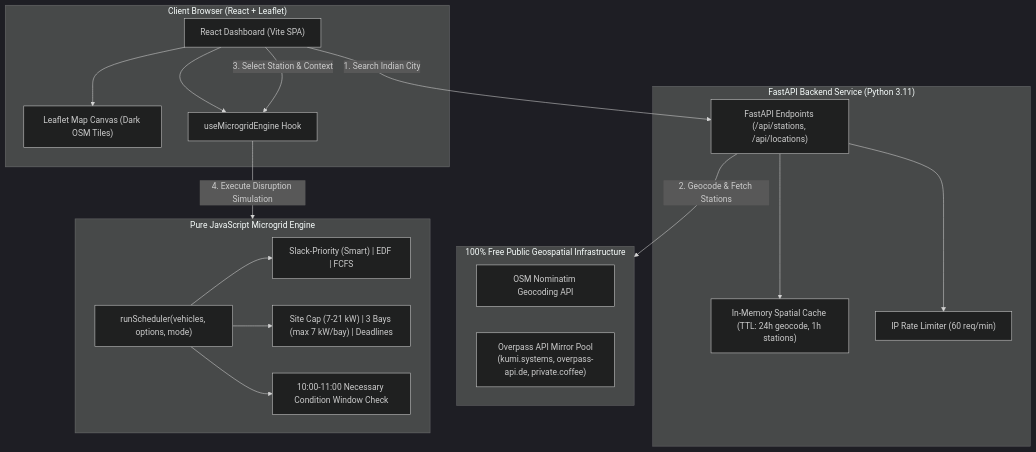
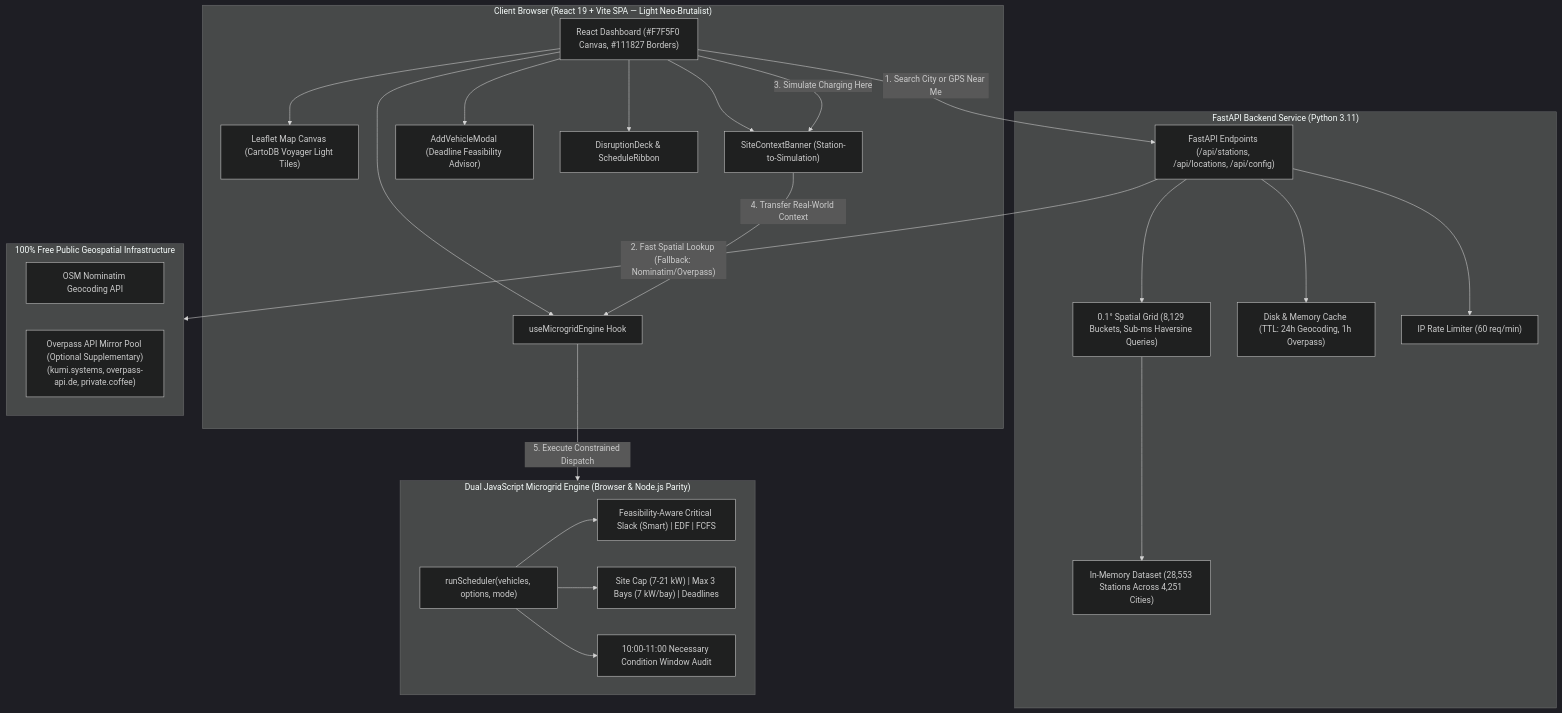
The diagram in README.md (GavaraNeha/GridSathi-AI), drawn with Mermaid (dark theme) before and after one commit. The commit also changed other lines of this file and 4 other files, not shown here.

Commit message:
feat(scheduling): resolve emergency anomaly with feasibility-aware critical slack dispatch and update documentation

````diff
--- a/README.md
+++ b/README.md
@@ -25,38 +25,49 @@
 ```mermaid
 flowchart TD
-    subgraph Client["Client Browser (React + Leaflet)"]
-        UI["React Dashboard (Vite SPA)"]
-        Leaflet["Leaflet Map Canvas (Dark OSM Tiles)"]
+    subgraph Client["Client Browser (React 19 + Vite SPA — Light Neo-Brutalist)"]
+        UI["React Dashboard (#F7F5F0 Canvas, #111827 Borders)"]
+        Leaflet["Leaflet Map Canvas (CartoDB Voyager Light Tiles)"]
         EngineHook["useMicrogridEngine Hook"]
+        SiteBanner["SiteContextBanner (Station-to-Simulation)"]
+        Modal["AddVehicleModal (Deadline Feasibility Advisor)"]
+        Deck["DisruptionDeck & ScheduleRibbon"]
         UI --> Leaflet
+        UI --> SiteBanner
+        UI --> Modal
+        UI --> Deck
         UI --> EngineHook
     end
 
     subgraph Backend["FastAPI Backend Service (Python 3.11)"]
-        API["FastAPI Endpoints (/api/stations, /api/locations)"]
-        Cache["In-Memory Spatial Cache (TTL: 24h geocode, 1h stations)"]
+        API["FastAPI Endpoints (/api/stations, /api/locations, /api/config)"]
+        Grid["0.1° Spatial Grid (8,129 Buckets, Sub-ms Haversine Queries)"]
+        Dataset["In-Memory Dataset (28,553 Stations Across 4,251 Cities)"]
+        Cache["Disk & Memory Cache (TTL: 24h Geocoding, 1h Overpass)"]
         Limiter["IP Rate Limiter (60 req/min)"]
+        API --> Grid
+        Grid --> Dataset
         API --> Cache
         API --> Limiter
     end
 
     subgraph ExternalOSM["100% Free Public Geospatial Infrastructure"]
         Nominatim["OSM Nominatim Geocoding API"]
-        OverpassPool["Overpass API Mirror Pool<br>(kumi.systems, overpass-api.de, private.coffee)"]
+        OverpassPool["Overpass API Mirror Pool (Optional Supplementary)<br>(kumi.systems, overpass-api.de, private.coffee)"]
     end
 
-    subgraph SimulationEngine["Pure JavaScript Microgrid Engine"]
+    subgraph SimulationEngine["Dual JavaScript Microgrid Engine (Browser & Node.js Parity)"]
         Scheduler["runScheduler(vehicles, options, mode)"]
-        Heuristics["Slack-Priority (Smart) | EDF | FCFS"]
-        Constraints["Site Cap (7-21 kW) | 3 Bays (max 7 kW/bay) | Deadlines"]
-        Audit["10:00-11:00 Necessary Condition Window Check"]
+        Heuristics["Feasibility-Aware Critical Slack (Smart) | EDF | FCFS"]
+        Constraints["Site Cap (7-21 kW) | Max 3 Bays (7 kW/bay) | Deadlines"]
+        Audit["10:00-11:00 Necessary Condition Window Audit"]
         Scheduler --> Heuristics
         Scheduler --> Constraints
         Scheduler --> Audit
     end
 
-    UI -- "1. Search Indian City" --> API
-    API -- "2. Geocode & Fetch Stations" --> ExternalOSM
-    UI -- "3. Select Station & Context" --> EngineHook
-    EngineHook -- "4. Execute Disruption Simulation" --> SimulationEngine
+    UI -- "1. Search City or GPS Near Me" --> API
+    API -- "2. Fast Spatial Lookup (Fallback: Nominatim/Overpass)" --> ExternalOSM
+    UI -- "3. Simulate Charging Here" --> SiteBanner
+    SiteBanner -- "4. Transfer Real-World Context" --> EngineHook
+    EngineHook -- "5. Execute Constrained Dispatch" --> SimulationEngine
 ```
````
